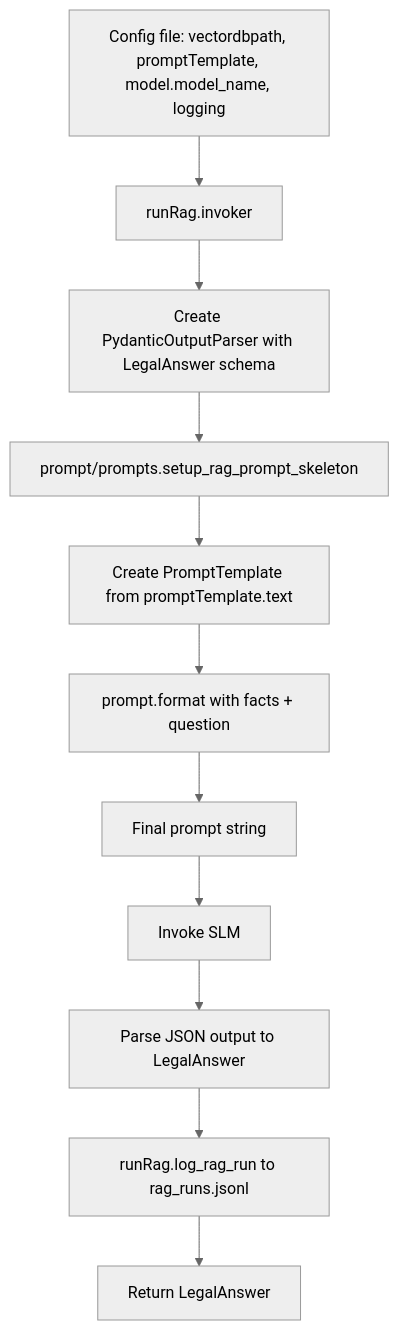
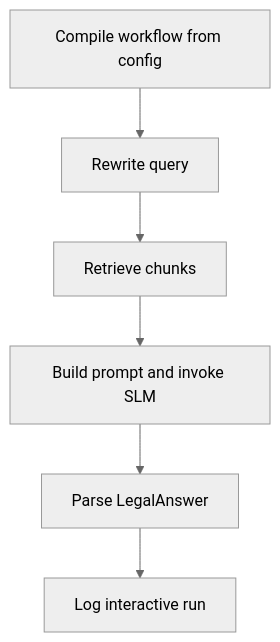
Before and after one commit to prasenjitb-cloud/legalos: the diagram in chatbot/legalos_rag/README.md, drawn with Mermaid (neutral theme). The commit also changed other lines of this file and 9 other files, not shown here.

````diff
--- a/chatbot/legalos_rag/README.md
+++ b/chatbot/legalos_rag/README.md
@@ -111,13 +119,8 @@
 ```mermaid
 flowchart TD
-    A[Config file: vectordbpath, promptTemplate, model.model_name, logging] --> B[runRag.invoker]
-    B --> C[Create PydanticOutputParser with LegalAnswer schema]
-    C --> D[prompt/prompts.setup_rag_prompt_skeleton]
-    D --> E[Create PromptTemplate from promptTemplate.text]
-    E --> F[prompt.format with facts + question]
-    F --> G[Final prompt string]
-    G --> H[Invoke SLM]
-    H --> I[Parse JSON output to LegalAnswer]
-    I --> J[runRag.log_rag_run to rag_runs.jsonl]
-    J --> K[Return LegalAnswer]
+    A[Compile workflow from config] --> B[Rewrite query]
+    B --> C[Retrieve chunks]
+    C --> D[Build prompt and invoke SLM]
+    D --> E[Parse LegalAnswer]
+    E --> F[Log interactive run]
 ```
````
